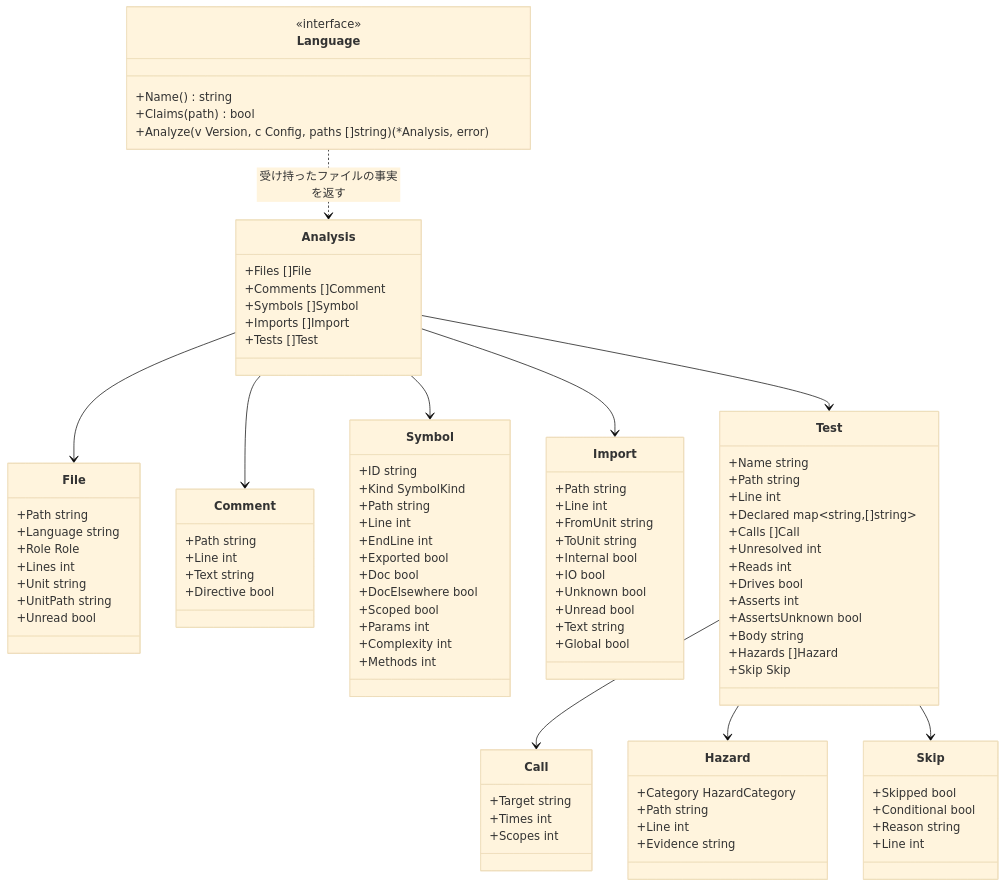
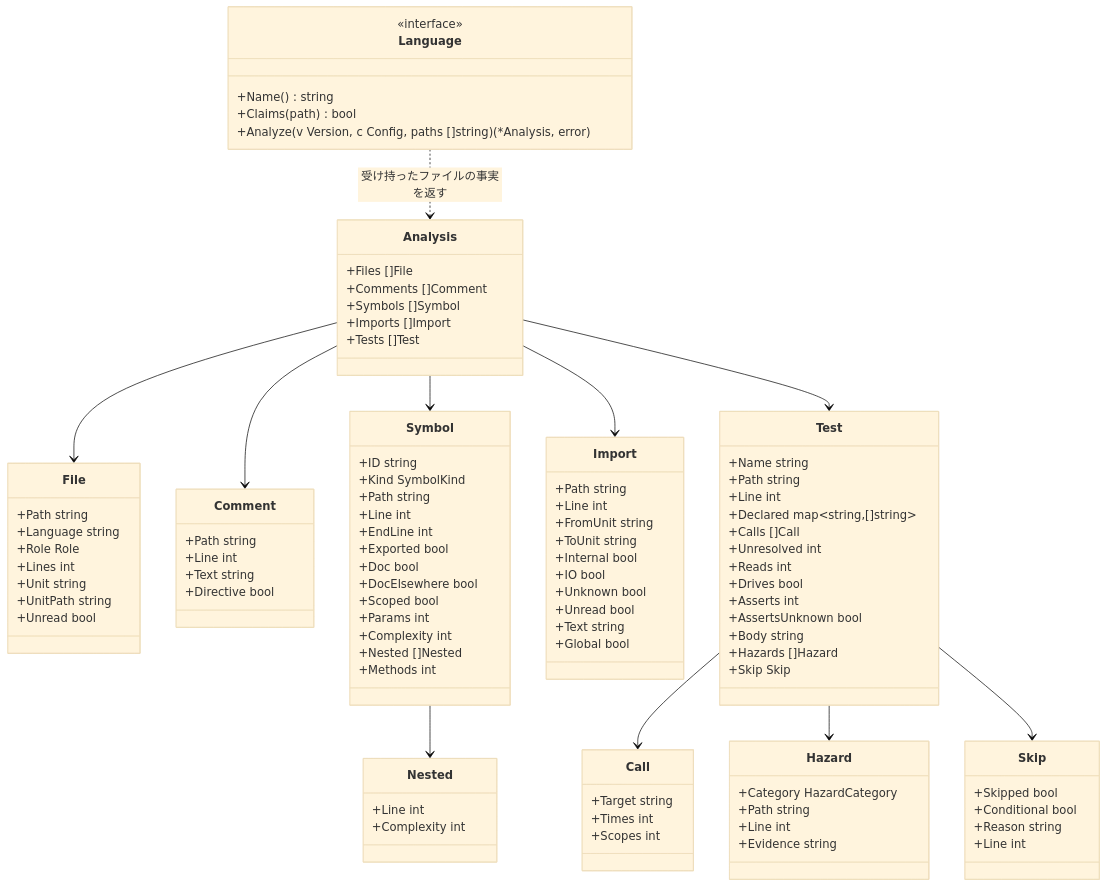
The diagram in docs/design/adapters.ja.md (rerorets/hadome), drawn with Mermaid (base theme) before and after one commit. The commit also changed 19 other files, not shown here.

Commit message:
size/complexity counts each nested function on its own, like ESLint, and reports one over the limit under the enclosing function at its own line (#95)

```diff
--- a/docs/design/adapters.ja.md
+++ b/docs/design/adapters.ja.md
@@ -56,7 +56,12 @@
     +Scoped bool
     +Params int
     +Complexity int
+    +Nested []Nested
     +Methods int
+  }
+  class Nested {
+    +Line int
+    +Complexity int
   }
   class Import {
     +Path string
@@ -111,6 +116,7 @@
   Analysis --> File
   Analysis --> Comment
   Analysis --> Symbol
+  Symbol --> Nested
   Analysis --> Import
   Analysis --> Test
   Test --> Call
```
